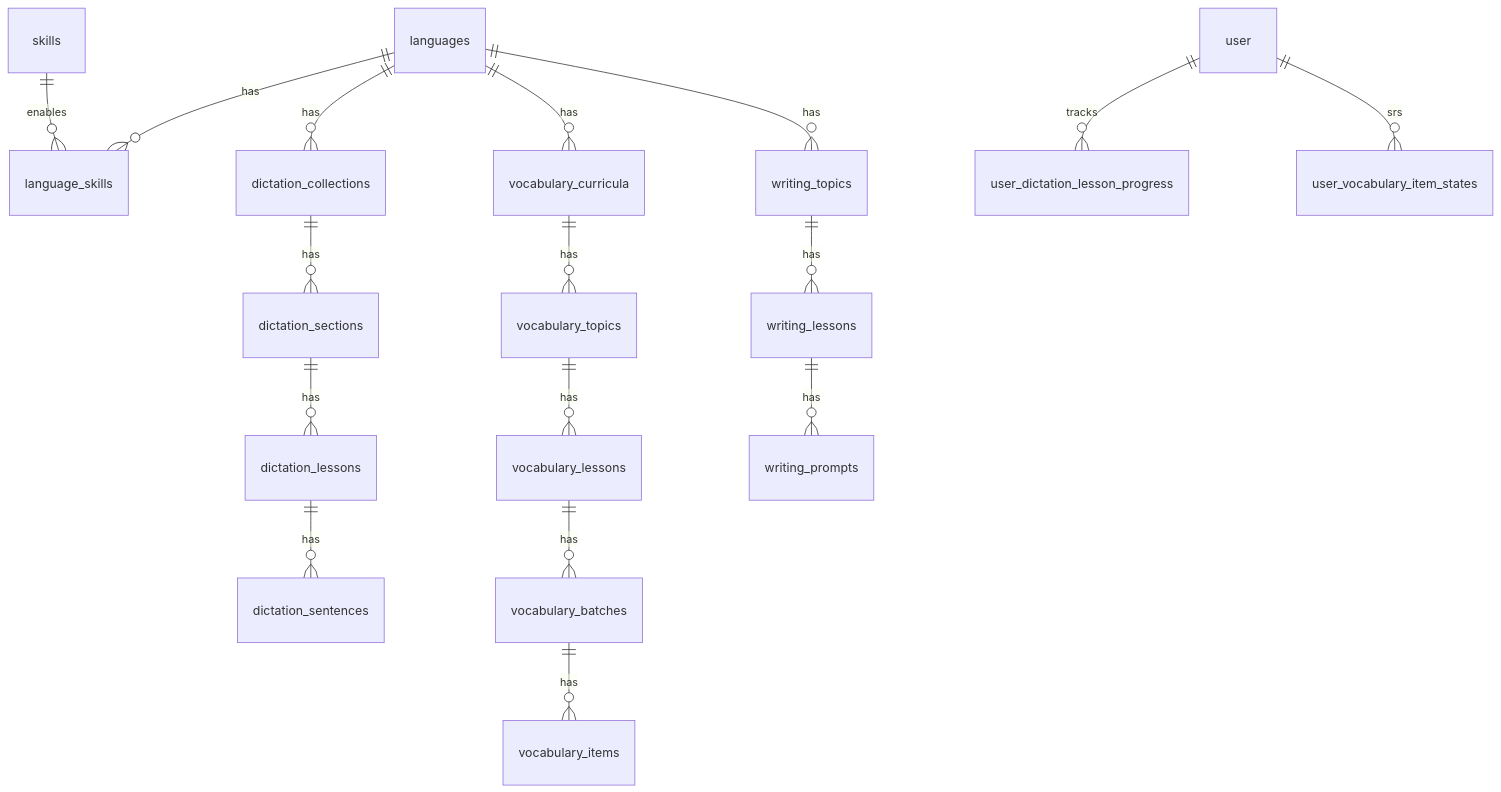
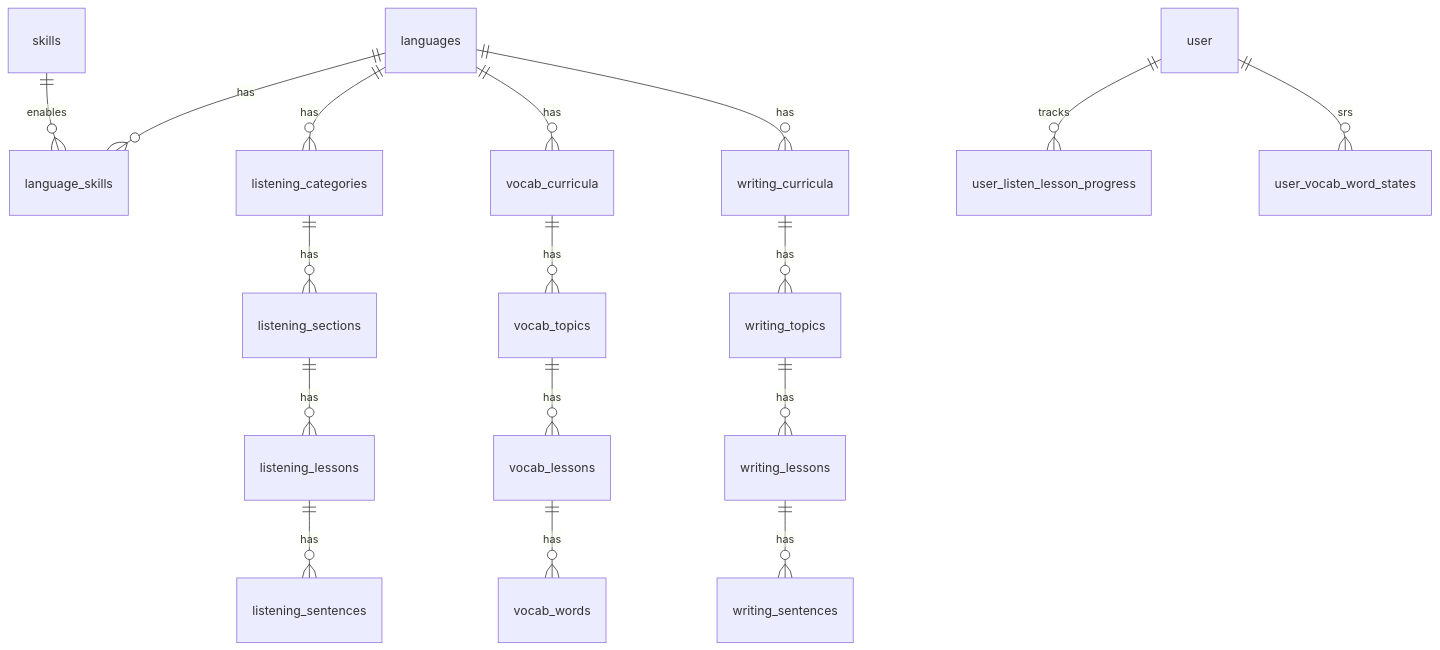
Before and after one commit to trantuananh-17/daily-taka: the diagram in docs/database-design.md, drawn with Mermaid. The commit also changed other lines of this file and 71 other files, not shown here.

````diff
--- a/docs/database-design.md
+++ b/docs/database-design.md
@@ -88,19 +108,19 @@
 ```mermaid
 erDiagram
   languages ||--o{ language_skills : has
   skills ||--o{ language_skills : enables
-  languages ||--o{ dictation_collections : has
-  dictation_collections ||--o{ dictation_sections : has
-  dictation_sections ||--o{ dictation_lessons : has
-  dictation_lessons ||--o{ dictation_sentences : has
-  languages ||--o{ vocabulary_curricula : has
-  vocabulary_curricula ||--o{ vocabulary_topics : has
-  vocabulary_topics ||--o{ vocabulary_lessons : has
-  vocabulary_lessons ||--o{ vocabulary_batches : has
-  vocabulary_batches ||--o{ vocabulary_items : has
-  languages ||--o{ writing_topics : has
+  languages ||--o{ listening_categories : has
+  listening_categories ||--o{ listening_sections : has
+  listening_sections ||--o{ listening_lessons : has
+  listening_lessons ||--o{ listening_sentences : has
+  languages ||--o{ vocab_curricula : has
+  vocab_curricula ||--o{ vocab_topics : has
+  vocab_topics ||--o{ vocab_lessons : has
+  vocab_lessons ||--o{ vocab_words : has
+  languages ||--o{ writing_curricula : has
+  writing_curricula ||--o{ writing_topics : has
   writing_topics ||--o{ writing_lessons : has
-  writing_lessons ||--o{ writing_prompts : has
-  user ||--o{ user_dictation_lesson_progress : tracks
-  user ||--o{ user_vocabulary_item_states : srs
+  writing_lessons ||--o{ writing_sentences : has
+  user ||--o{ user_listen_lesson_progress : tracks
+  user ||--o{ user_vocab_word_states : srs
 ```
````
